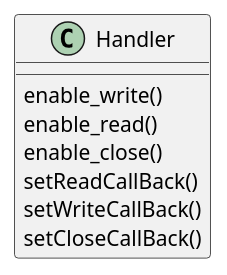
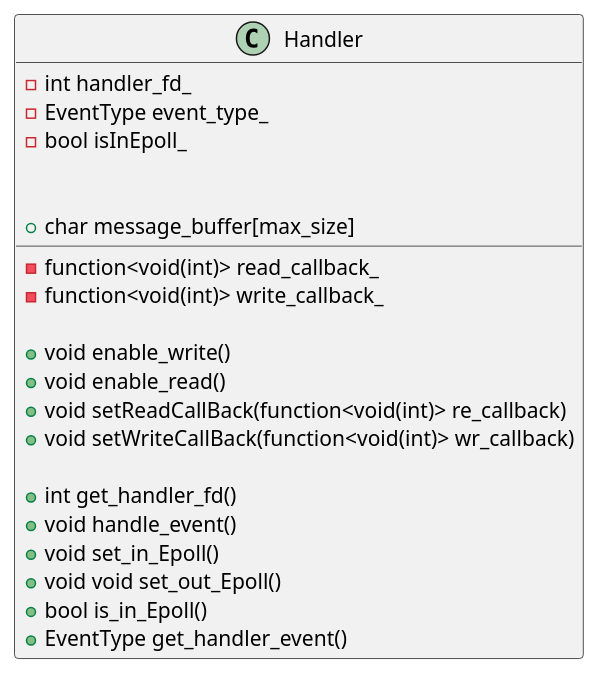
One commit to ryueran/modern_cpp_excercise changed the diagram in mordern_cpp/reactor/uml/Handler.plantuml. Above: the diagram before and after it, drawn with PlantUML. The commit also changed 4 other files, not shown here.

```diff
--- a/mordern_cpp/reactor/uml/Handler.plantuml
+++ b/mordern_cpp/reactor/uml/Handler.plantuml
@@ -1,11 +1,23 @@
 @startuml
 class Handler
 {
-enable_write()
-enable_read()
-enable_close()
-setReadCallBack()
-setWriteCallBack()
-setCloseCallBack()
+    - int handler_fd_
+    - EventType event_type_
+    - bool isInEpoll_
+    - function<void(int)> read_callback_
+    - function<void(int)> write_callback_
+
+    + void enable_write()
+    + void enable_read()
+    + void setReadCallBack(function<void(int)> re_callback)
+    + void setWriteCallBack(function<void(int)> wr_callback)
+
+    + int get_handler_fd()
+    + void handle_event()
+    + void set_in_Epoll()
+    + void void set_out_Epoll()
+    + bool is_in_Epoll()
+    + EventType get_handler_event()
+    + char message_buffer[max_size]
 }
 @enduml
```
